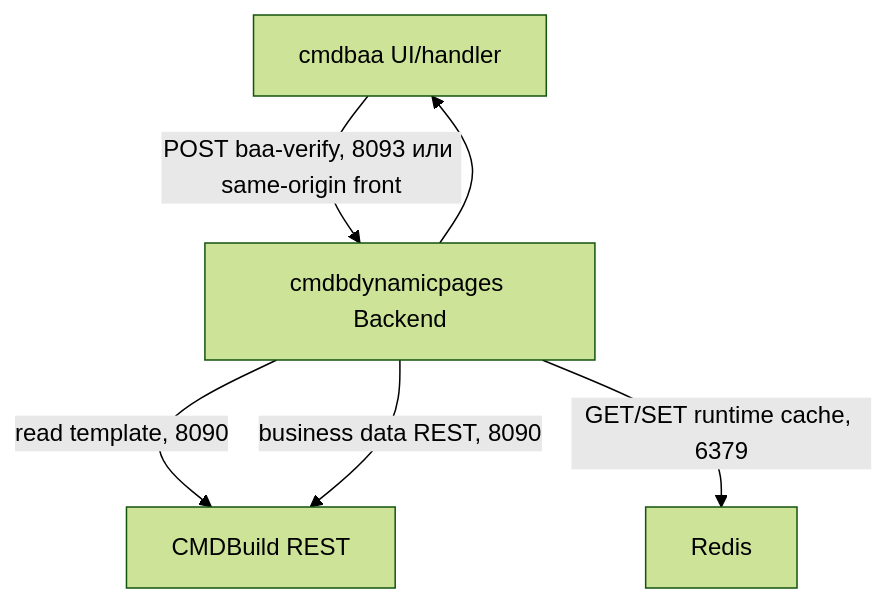
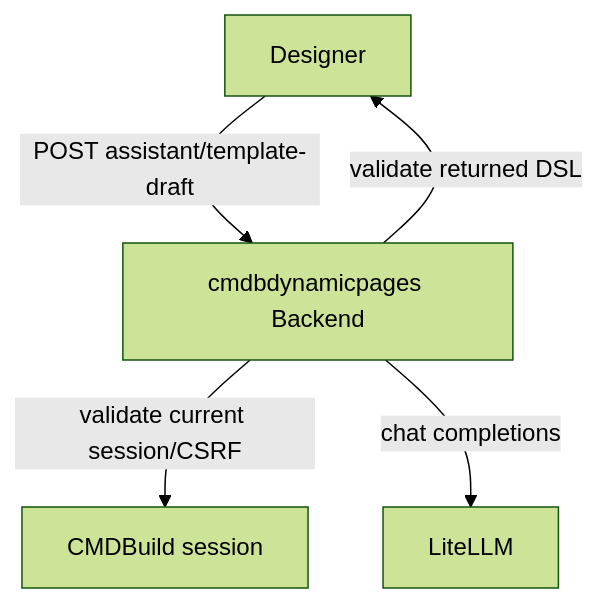
One commit to igorlyapin-max/cmdbdynamicpages changed the fifth of 5 diagrams in aa/business-processes.md. Above: the diagram before and after it, drawn with Mermaid (forest theme). The commit also changed other lines of this file and 41 other files, not shown here.

First line of the commit message:
feat(assistant): add deterministic draft workflow

````diff
--- a/aa/business-processes.md
+++ b/aa/business-processes.md
@@ -132,8 +132,7 @@
 ```mermaid
 flowchart TD
-  BAA[cmdbaa UI/handler] -->|POST baa-verify, 8093 или same-origin front| API[cmdbdynamicpages Backend]
-  API -->|read template, 8090| C[CMDBuild REST]
-  API -->|business data REST, 8090| C
-  API -->|GET/SET runtime cache, 6379| R[Redis]
-  API --> BAA
+  UI[Designer] -->|POST assistant/template-draft| API[cmdbdynamicpages Backend]
+  API -->|validate current session/CSRF| C[CMDBuild session]
+  API -->|chat completions| L[LiteLLM]
+  API -->|validate returned DSL| UI
 ```
````
